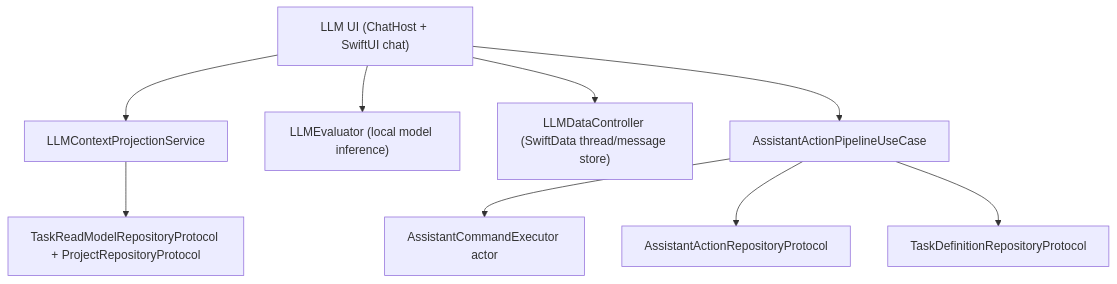
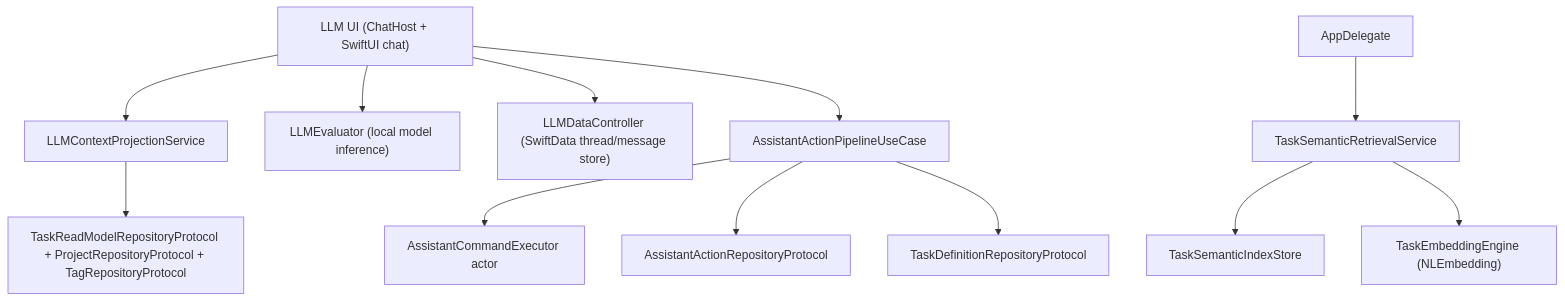
One commit to Saransh-Sharma/Tasker changed the diagram in docs/architecture/llm-assistant-stack-v2.md. Above: the diagram before and after it, drawn with Mermaid. The commit also changed other lines of this file and 8 other files, not shown here.

Commit message:
docs: update architecture docs to reflect LLM assistant stack v2 and v3 cutover plan

````diff
--- a/docs/architecture/llm-assistant-stack-v2.md
+++ b/docs/architecture/llm-assistant-stack-v2.md
@@ -22,12 +40,16 @@
 ```mermaid
 flowchart TD
     UI["LLM UI (ChatHost + SwiftUI chat)"] --> CCTX["LLMContextProjectionService"]
-    CCTX --> READ["TaskReadModelRepositoryProtocol + ProjectRepositoryProtocol"]
+    CCTX --> READ["TaskReadModelRepositoryProtocol + ProjectRepositoryProtocol + TagRepositoryProtocol"]
     UI --> EVAL["LLMEvaluator (local model inference)"]
     UI --> STORE["LLMDataController (SwiftData thread/message store)"]
 
     UI --> PIPE["AssistantActionPipelineUseCase"]
     PIPE --> EXEC["AssistantCommandExecutor actor"]
     PIPE --> AR["AssistantActionRepositoryProtocol"]
     PIPE --> TR["TaskDefinitionRepositoryProtocol"]
+
+    APP["AppDelegate"] --> SEM["TaskSemanticRetrievalService"]
+    SEM --> IDX["TaskSemanticIndexStore"]
+    SEM --> EMB["TaskEmbeddingEngine (NLEmbedding)"]
 ```
````
